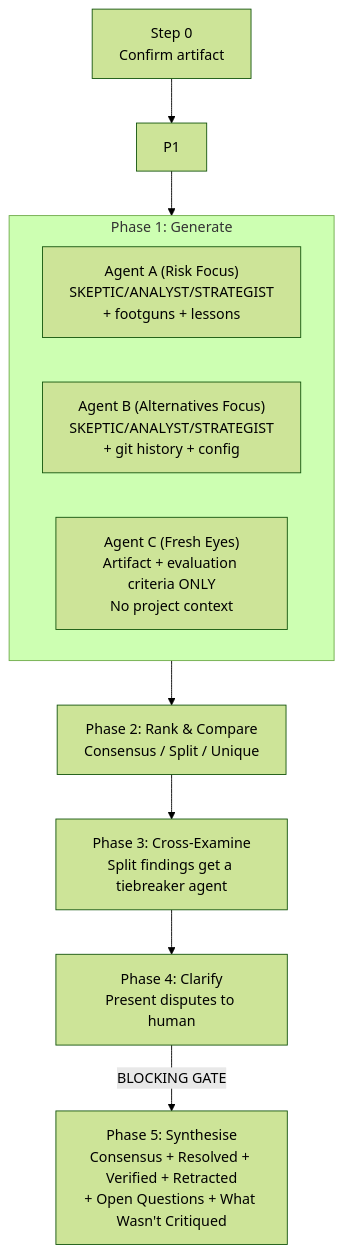
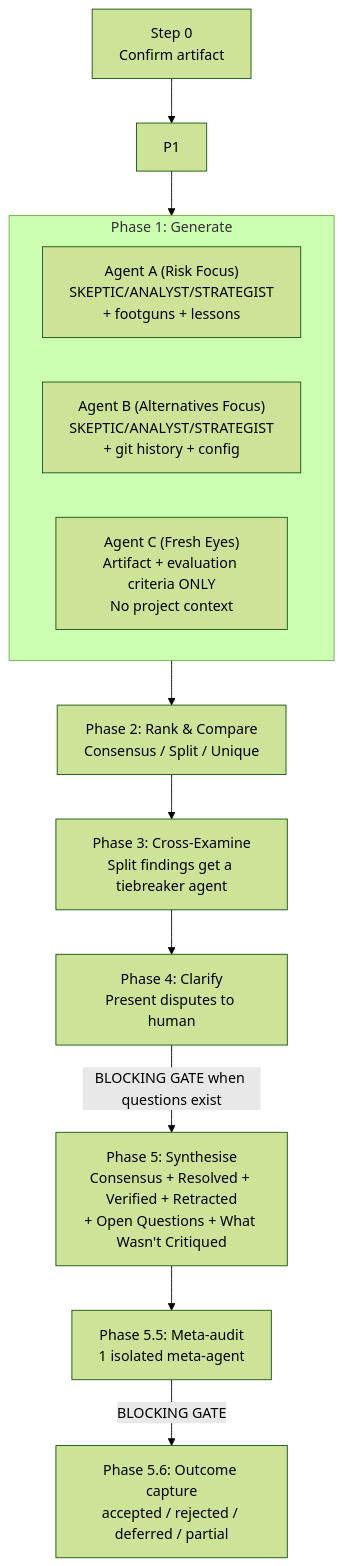
Before and after one commit to blundergoat/goat-flow: the seventh of 9 diagrams in docs/skills.md, drawn with Mermaid (forest theme). The commit also changed other lines of this file and 75 other files, not shown here.

````diff
--- a/docs/skills.md
+++ b/docs/skills.md
@@ -230,16 +230,18 @@
 ```mermaid
 flowchart TD
     S0["Step 0\nConfirm artifact"] --> P1
 
     subgraph Generate["Phase 1: Generate"]
         A["Agent A (Risk Focus)\nSKEPTIC/ANALYST/STRATEGIST\n+ footguns + lessons"]
         B["Agent B (Alternatives Focus)\nSKEPTIC/ANALYST/STRATEGIST\n+ git history + config"]
         C["Agent C (Fresh Eyes)\nArtifact + evaluation criteria ONLY\nNo project context"]
     end
 
     P1 --> Generate
     Generate --> P2["Phase 2: Rank & Compare\nConsensus / Split / Unique"]
     P2 --> P3["Phase 3: Cross-Examine\nSplit findings get a tiebreaker agent"]
     P3 --> P4["Phase 4: Clarify\nPresent disputes to human"]
-    P4 -->|"BLOCKING GATE"| P5["Phase 5: Synthesise\nConsensus + Resolved + Verified + Retracted\n+ Open Questions + What Wasn't Critiqued"]
+    P4 -->|"BLOCKING GATE when questions exist"| P5["Phase 5: Synthesise\nConsensus + Resolved + Verified + Retracted\n+ Open Questions + What Wasn't Critiqued"]
+    P5 --> P55["Phase 5.5: Meta-audit\n1 isolated meta-agent"]
+    P55 -->|"BLOCKING GATE"| P56["Phase 5.6: Outcome capture\naccepted / rejected / deferred / partial"]
 ```
````
